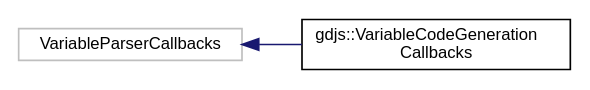
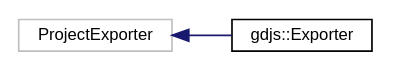
Before and after one commit to 4ian/GDevelop-documentation: the diagram in GDJS Documentation/inherit_graph_8.dot, drawn with Graphviz. The commit also changed 2201 other files, not shown here.

```diff
--- a/GDJS Documentation/inherit_graph_8.dot
+++ b/GDJS Documentation/inherit_graph_8.dot
@@ -1,9 +1,9 @@
 digraph "Graphical Class Hierarchy"
 {
   edge [fontname="Helvetica",fontsize="10",labelfontname="Helvetica",labelfontsize="10"];
   node [fontname="Helvetica",fontsize="10",shape=record];
   rankdir="LR";
-  Node1 [label="VariableParserCallbacks",height=0.2,width=0.4,color="grey75", fillcolor="white", style="filled"];
+  Node1 [label="ProjectExporter",height=0.2,width=0.4,color="grey75", fillcolor="white", style="filled"];
   Node1 -> Node2 [dir="back",color="midnightblue",fontsize="10",style="solid",fontname="Helvetica"];
-  Node2 [label="gdjs::VariableCodeGeneration\lCallbacks",height=0.2,width=0.4,color="black", fillcolor="white", style="filled",URL="$de/d2a/classgdjs_1_1_variable_code_generation_callbacks.html",tooltip="Callbacks called to generate the code for getting a variable. "];
+  Node2 [label="gdjs::Exporter",height=0.2,width=0.4,color="black", fillcolor="white", style="filled",URL="$dc/dda/classgdjs_1_1_exporter.html",tooltip="Export a project or a layout to a playable HTML5/Javascript based game. "];
 }
```
